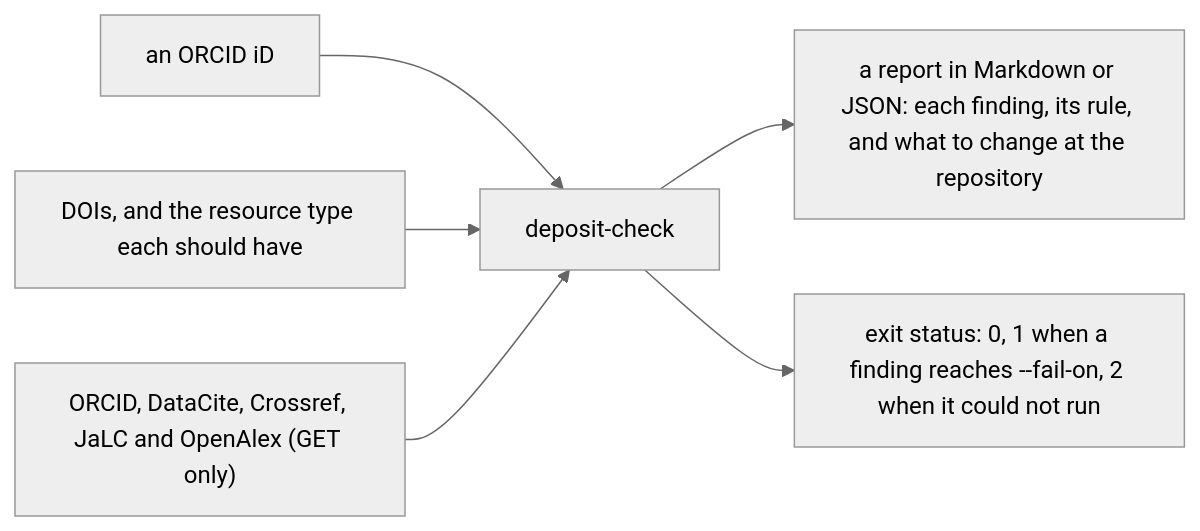
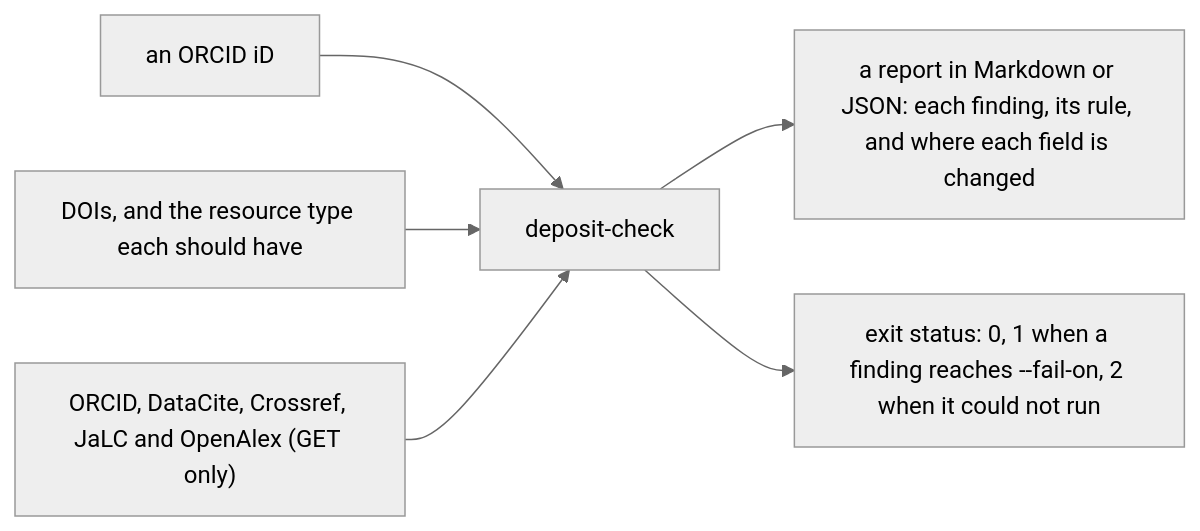
The diagram in README.md (cpsbvbng26-dotcom/deposit-check), drawn with Mermaid (neutral theme) before and after one commit. The commit also changed other lines of this file and 3 other files, not shown here.

````diff
--- a/README.md
+++ b/README.md
@@ -21,8 +21,8 @@
 ```mermaid
 flowchart LR
   orcid["an ORCID iD"] --> tool["deposit-check"]
   dois["DOIs, and the resource type each should have"] --> tool
   apis["ORCID, DataCite, Crossref, JaLC and OpenAlex (GET only)"] --> tool
-  tool --> report["a report in Markdown or JSON: each finding, its rule, and what to change at the repository"]
+  tool --> report["a report in Markdown or JSON: each finding, its rule, and where each field is changed"]
   tool --> code["exit status: 0, 1 when a finding reaches --fail-on, 2 when it could not run"]
 ```
````
